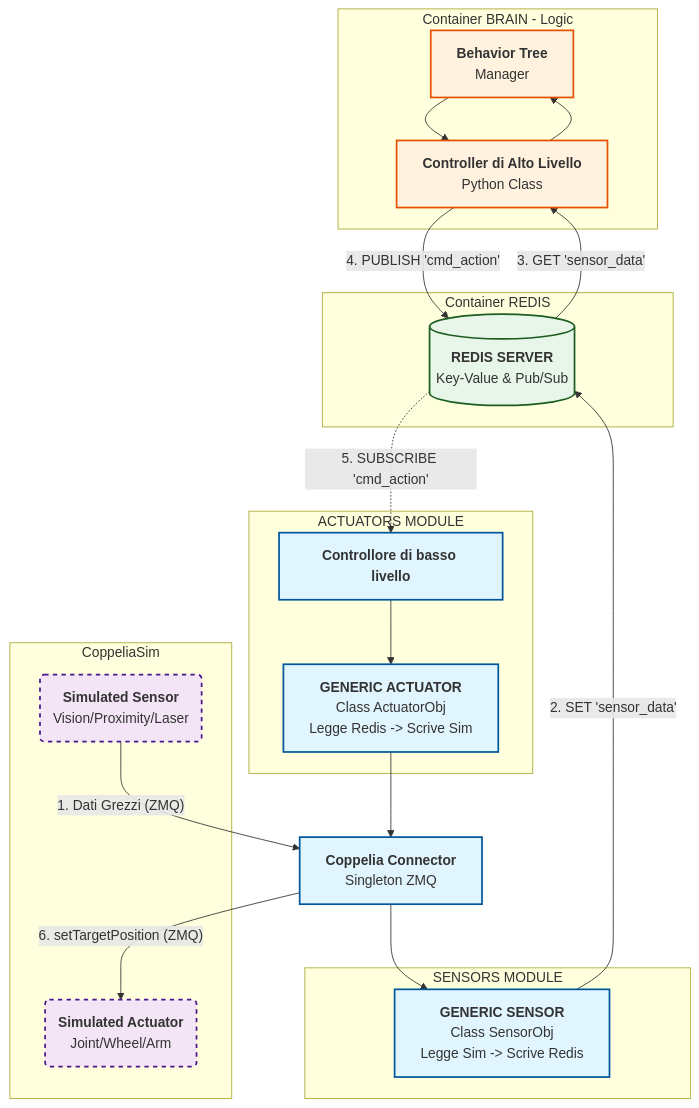
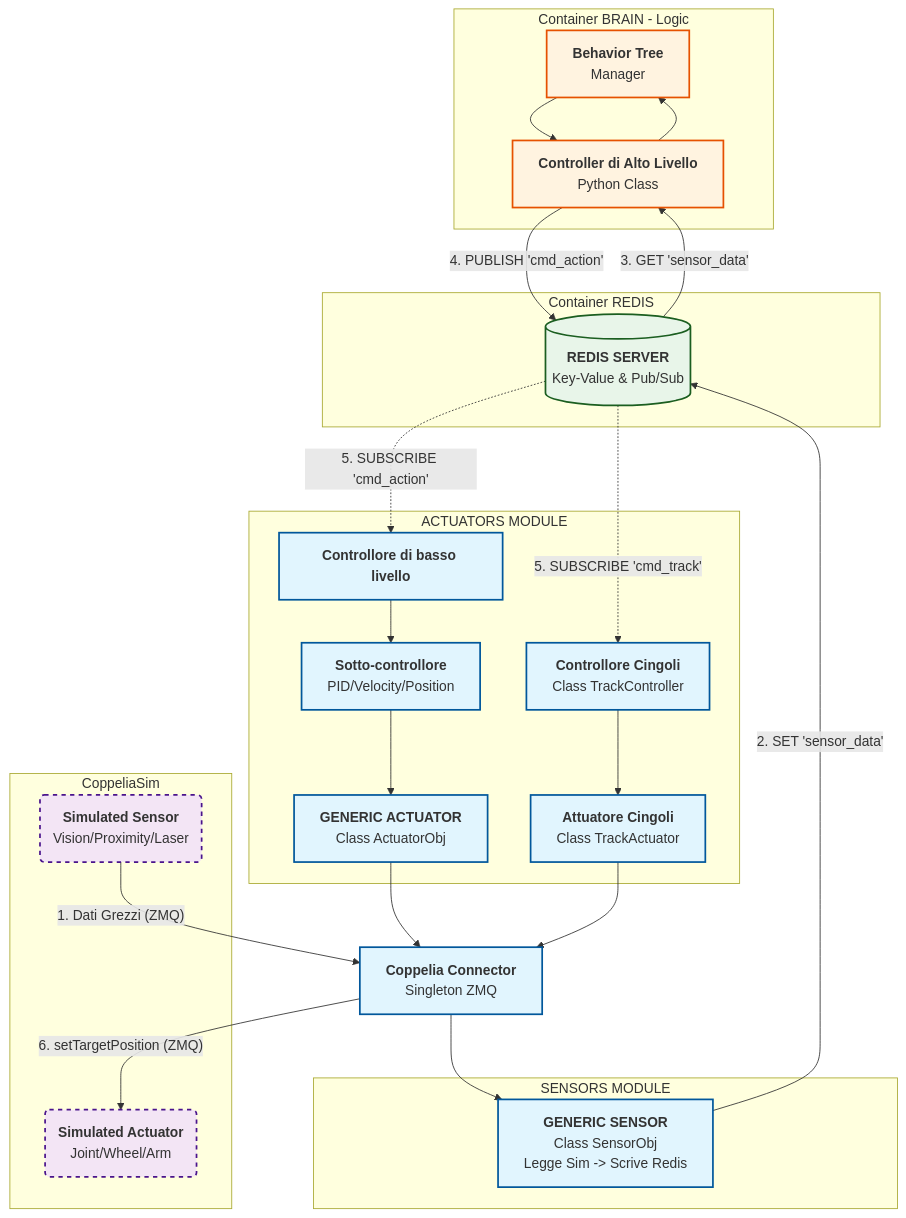
One commit to NadiaMuzyka/agv_real changed the diagram in docs/GRAFO_STRUTTURA_PROGETTO.mmd. Above: the diagram before and after it, drawn with Mermaid.

Commit message:
feat: Enhance actuator structure by adding low-level controller and track actuator components

```diff
--- a/docs/GRAFO_STRUTTURA_PROGETTO.mmd
+++ b/docs/GRAFO_STRUTTURA_PROGETTO.mmd
@@ -1,52 +1,59 @@
 graph TD
     %% DEFINIZIONE STILI
     classDef brain fill:#fff3e0,stroke:#e65100,stroke-width:2px;
     classDef body fill:#e1f5fe,stroke:#01579b,stroke-width:2px;
     classDef redis fill:#e8f5e9,stroke:#1b5e20,stroke-width:2px;
     classDef sim fill:#f3e5f5,stroke:#4a148c,stroke-width:2px,stroke-dasharray: 5 5;
 
     
         
     subgraph BRAIN_CONTAINER [Container BRAIN - Logic]
         BT[<b>Behavior Tree</b><br/>Manager]:::brain
         LOGIC[<b>Controller di Alto Livello</b><br/>Python Class]:::brain
     end
 
     subgraph REDIS_CONTAINER [Container REDIS]
         DB[(<b>REDIS SERVER</b><br/>Key-Value & Pub/Sub)]:::redis
     end
 
         subgraph SENSORS [SENSORS MODULE]
             GEN_SENS[<b>GENERIC SENSOR</b><br/>Class SensorObj<br/>Legge Sim -> Scrive Redis]:::body
         end
 
         subgraph ACTUATORS [ACTUATORS MODULE]
             LOW_CTR[<b>Controllore di basso livello</b>]:::body
-            GEN_ACT[<b>GENERIC ACTUATOR</b><br/>Class ActuatorObj<br/>Legge Redis -> Scrive Sim]:::body
+            LOW_CTR_LL[<b>Sotto-controllore</b><br/>PID/Velocity/Position]:::body
+            CTR_CINGOLO[<b>Controllore Cingoli</b><br/>Class TrackController]:::body
+            ACT_CINGOLO[<b>Attuatore Cingoli</b><br/>Class TrackActuator<br/>]:::body
+            GEN_ACT[<b>GENERIC ACTUATOR</b><br/>Class ActuatorObj<br/>]:::body
         end
         
         BRIDGE[<b>Coppelia Connector</b><br/>Singleton ZMQ]:::body
     
 
 
     subgraph HOST_OS [CoppeliaSim]
         SIM_SENSOR(<b>Simulated Sensor</b><br/>Vision/Proximity/Laser):::sim
         SIM_ACTUATOR(<b>Simulated Actuator</b><br/>Joint/Wheel/Arm):::sim
     end
 
     %%-- FLUSSO DATI (PLAN)
     BT-->LOGIC
     LOGIC-->BT
 
     %% --- FLUSSO DATI (SENSE) ---
     SIM_SENSOR -- "1. Dati Grezzi (ZMQ)" --> BRIDGE
     BRIDGE --> GEN_SENS
     GEN_SENS -- "2. SET 'sensor_data'" --> DB
     DB -- "3. GET 'sensor_data'" --> LOGIC
 
     %% --- FLUSSO DATI (ACT) ---
     LOGIC -- "4. PUBLISH 'cmd_action'" --> DB
     DB -.-> |"5. SUBSCRIBE 'cmd_action'"| LOW_CTR
-    LOW_CTR -->GEN_ACT
+    DB -.-> |"5. SUBSCRIBE 'cmd_track'"| CTR_CINGOLO
+    CTR_CINGOLO -->ACT_CINGOLO
+    LOW_CTR -->LOW_CTR_LL
+    LOW_CTR_LL -->GEN_ACT
     GEN_ACT --> BRIDGE
+    ACT_CINGOLO --> BRIDGE
     BRIDGE -- "6. setTargetPosition (ZMQ)" --> SIM_ACTUATOR
```
